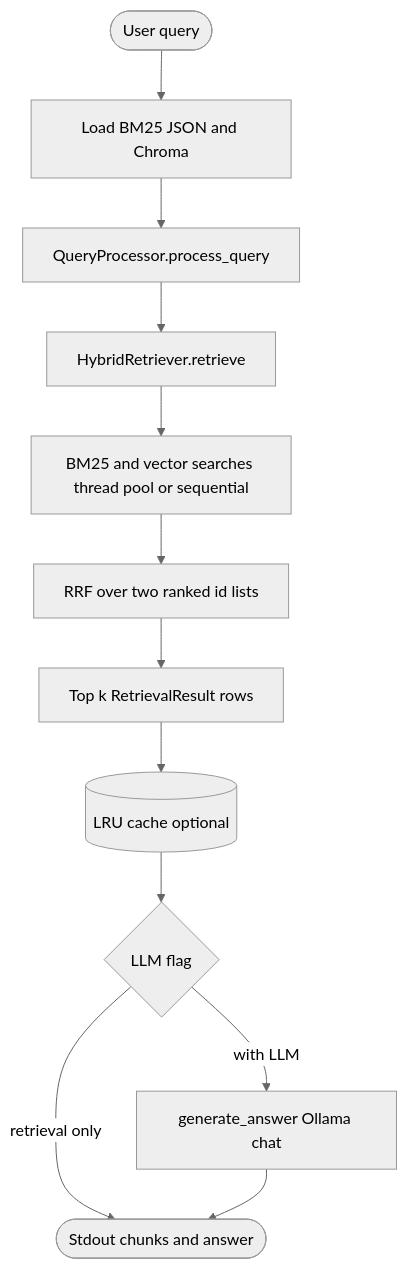
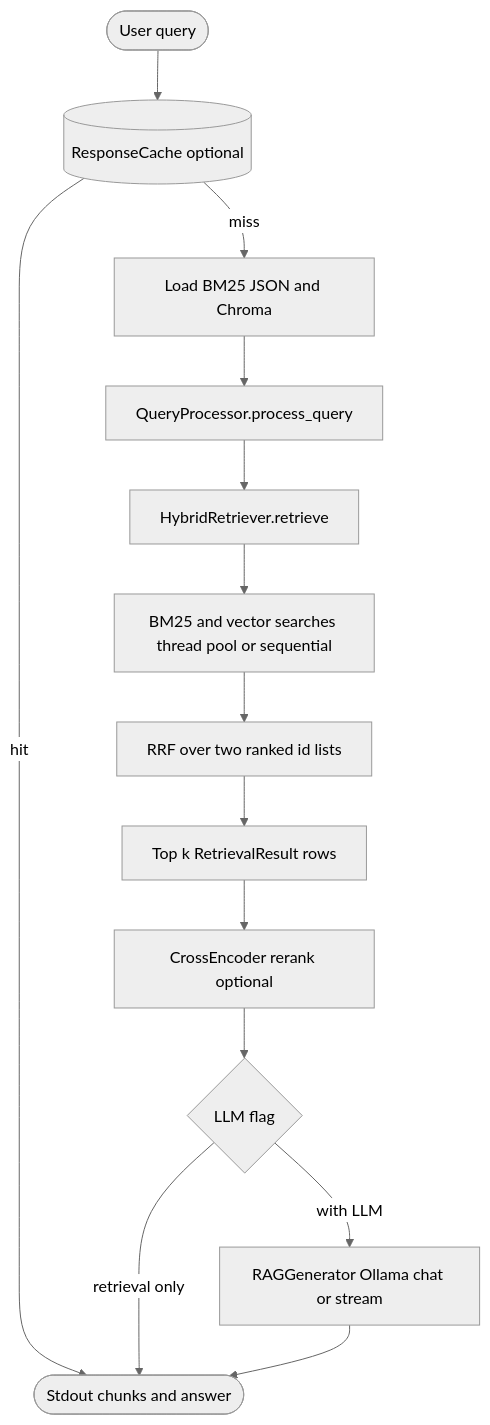
The fifth of 6 diagrams in README.md (vampokala/doc-ingestion), drawn with Mermaid (neutral theme) before and after one commit. The commit also changed other lines of this file and 16 other files, not shown here.

````diff
--- a/README.md
+++ b/README.md
@@ -158,25 +204,28 @@
 ```mermaid
 flowchart TD
   QIN([User query])
+  CACHEQ[(ResponseCache optional)]
   LOAD[Load BM25 JSON and Chroma]
   QP[QueryProcessor.process_query]
   HR[HybridRetriever.retrieve]
   PAR[BM25 and vector searches thread pool or sequential]
   FUSE[RRF over two ranked id lists]
   TOP[Top k RetrievalResult rows]
-  CACHE[(LRU cache optional)]
+  RER["CrossEncoder rerank optional"]
   LLM{LLM flag}
-  ANS[generate_answer Ollama chat]
+  ANS[RAGGenerator Ollama chat or stream]
   OUT([Stdout chunks and answer])
-  QIN --> LOAD
+  QIN --> CACHEQ
+  CACHEQ -->|miss| LOAD
+  CACHEQ -->|hit| OUT
   LOAD --> QP
   QP --> HR
   HR --> PAR
   PAR --> FUSE
   FUSE --> TOP
-  TOP --> CACHE
-  CACHE --> LLM
+  TOP --> RER
+  RER --> LLM
   LLM -->|with LLM| ANS
   LLM -->|retrieval only| OUT
   ANS --> OUT
 ```
````
